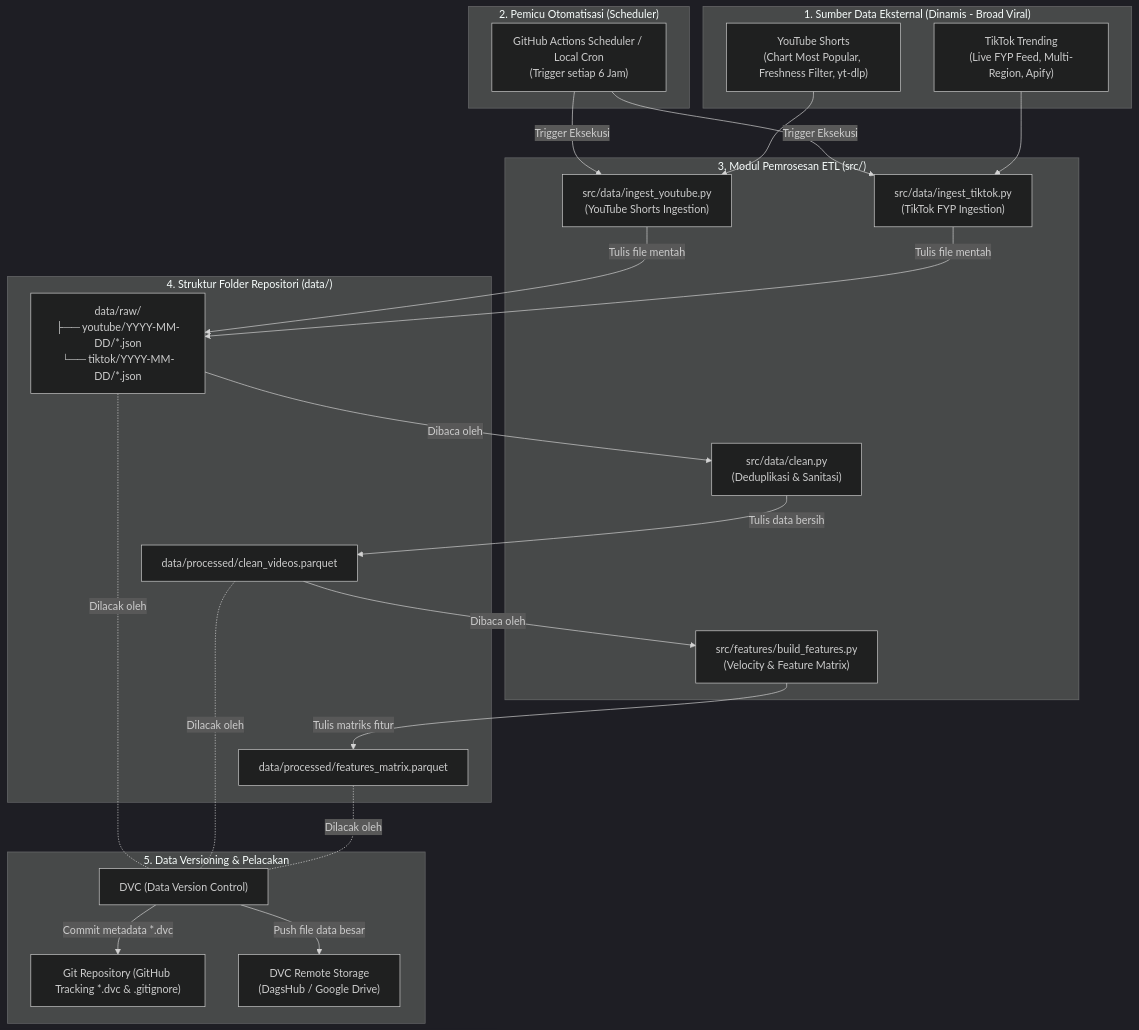
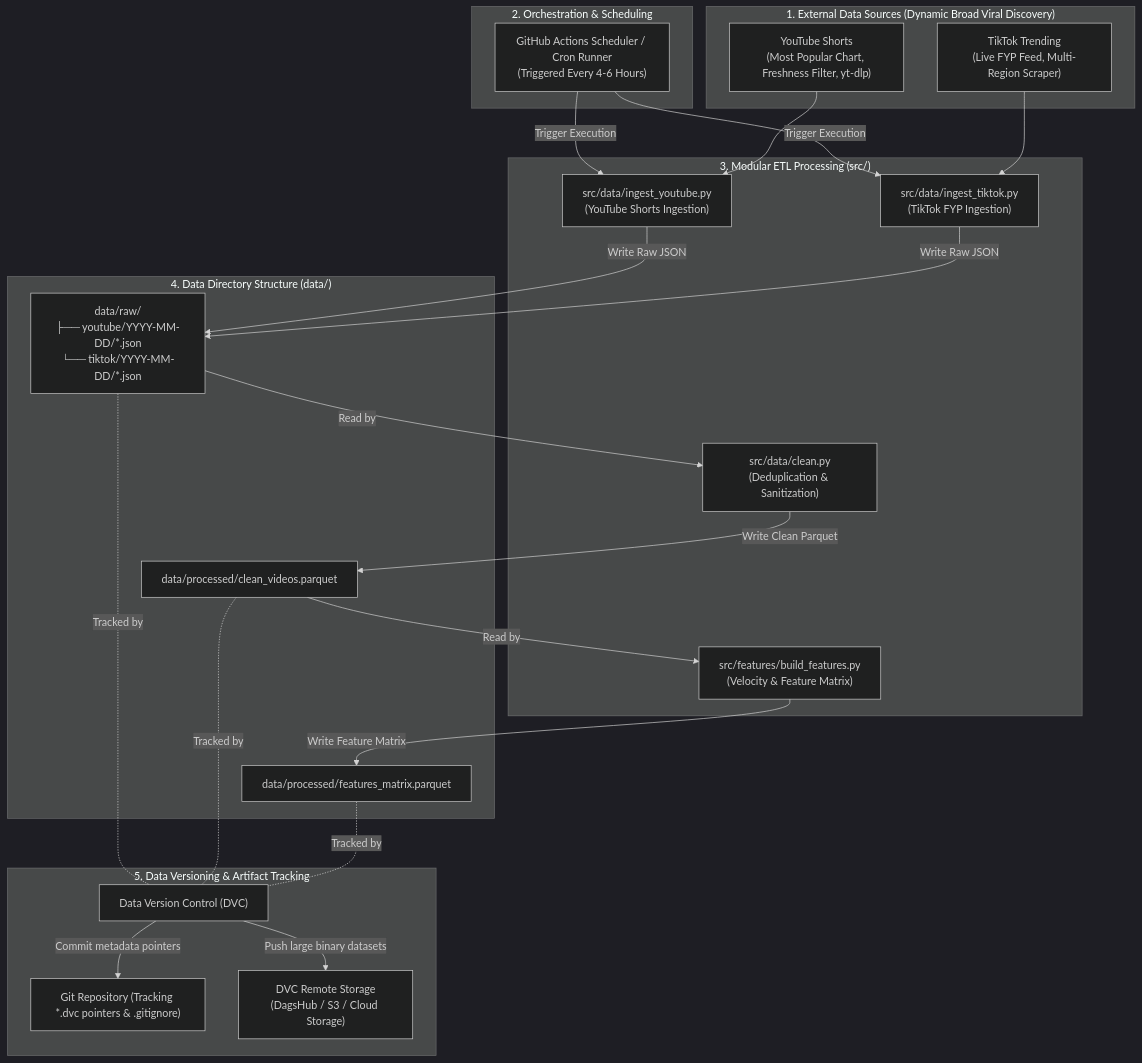
One commit to galihpraditya/MLOps-ViralSense changed the second of 2 diagrams in docs/data_pipeline_architecture.md. Above: the diagram before and after it, drawn with Mermaid (dark theme). The commit also changed other lines of this file and 1 other file, not shown here.

Commit message:
docs: finalize documentation and pipeline architecture specs

````diff
--- a/docs/data_pipeline_architecture.md
+++ b/docs/data_pipeline_architecture.md
@@ -83,49 +83,49 @@
 ```mermaid
 flowchart TD
-    subgraph External_Sources["1. Sumber Data Eksternal (Dinamis - Broad Viral)"]
-        YTS["YouTube Shorts<br/>(Chart Most Popular, Freshness Filter, yt-dlp)"]
-        TKT["TikTok Trending<br/>(Live FYP Feed, Multi-Region, Apify)"]
+    subgraph External_Sources["1. External Data Sources (Dynamic Broad Viral Discovery)"]
+        YTS["YouTube Shorts<br/>(Most Popular Chart, Freshness Filter, yt-dlp)"]
+        TKT["TikTok Trending<br/>(Live FYP Feed, Multi-Region Scraper)"]
     end
 
-    subgraph Automation["2. Pemicu Otomatisasi (Scheduler)"]
-        CronJob["GitHub Actions Scheduler / Local Cron<br/>(Trigger setiap 6 Jam)"]
+    subgraph Automation["2. Orchestration & Scheduling"]
+        CronJob["GitHub Actions Scheduler / Cron Runner<br/>(Triggered Every 4-6 Hours)"]
     end
 
-    subgraph ETL_Execution["3. Modul Pemrosesan ETL (src/)"]
+    subgraph ETL_Execution["3. Modular ETL Processing (src/)"]
         ExtractYT["src/data/ingest_youtube.py<br/>(YouTube Shorts Ingestion)"]
         ExtractTT["src/data/ingest_tiktok.py<br/>(TikTok FYP Ingestion)"]
-        CleanScript["src/data/clean.py<br/>(Deduplikasi & Sanitasi)"]
+        CleanScript["src/data/clean.py<br/>(Deduplication & Sanitization)"]
         FeatureScript["src/features/build_features.py<br/>(Velocity & Feature Matrix)"]
     end
 
-    subgraph GitHub_Repo_Data["4. Struktur Folder Repositori (data/)"]
+    subgraph Repository_Data["4. Data Directory Structure (data/)"]
         RawDir["data/raw/<br/>├── youtube/YYYY-MM-DD/*.json<br/>└── tiktok/YYYY-MM-DD/*.json"]
         ProcClean["data/processed/clean_videos.parquet"]
         ProcFeatures["data/processed/features_matrix.parquet"]
     end
 
-    subgraph Storage_Versioning["5. Data Versioning & Pelacakan"]
-        DVC_Engine["DVC (Data Version Control)"]
-        GitRepo["Git Repository (GitHub Tracking *.dvc & .gitignore)"]
-        RemoteStorage["DVC Remote Storage<br/>(DagsHub / Google Drive)"]
+    subgraph Storage_Versioning["5. Data Versioning & Artifact Tracking"]
+        DVC_Engine["Data Version Control (DVC)"]
+        GitRepo["Git Repository (Tracking *.dvc pointers & .gitignore)"]
+        RemoteStorage["DVC Remote Storage<br/>(DagsHub / S3 / Cloud Storage)"]
     end
 
-    CronJob -->|Trigger Eksekusi| ExtractYT
-    CronJob -->|Trigger Eksekusi| ExtractTT
+    CronJob -->|Trigger Execution| ExtractYT
+    CronJob -->|Trigger Execution| ExtractTT
     YTS --> ExtractYT
     TKT --> ExtractTT
 
-    ExtractYT -->|Tulis file mentah| RawDir
-    ExtractTT -->|Tulis file mentah| RawDir
-    RawDir -->|Dibaca oleh| CleanScript
-    CleanScript -->|Tulis data bersih| ProcClean
-    ProcClean -->|Dibaca oleh| FeatureScript
-    FeatureScript -->|Tulis matriks fitur| ProcFeatures
+    ExtractYT -->|Write Raw JSON| RawDir
+    ExtractTT -->|Write Raw JSON| RawDir
+    RawDir -->|Read by| CleanScript
+    CleanScript -->|Write Clean Parquet| ProcClean
+    ProcClean -->|Read by| FeatureScript
+    FeatureScript -->|Write Feature Matrix| ProcFeatures
 
-    RawDir -. Dilacak oleh .- DVC_Engine
-    ProcClean -. Dilacak oleh .- DVC_Engine
-    ProcFeatures -. Dilacak oleh .- DVC_Engine
+    RawDir -. Tracked by .- DVC_Engine
+    ProcClean -. Tracked by .- DVC_Engine
+    ProcFeatures -. Tracked by .- DVC_Engine
 
-    DVC_Engine -->|Commit metadata *.dvc| GitRepo
-    DVC_Engine -->|Push file data besar| RemoteStorage
+    DVC_Engine -->|Commit metadata pointers| GitRepo
+    DVC_Engine -->|Push large binary datasets| RemoteStorage
 ```
````
